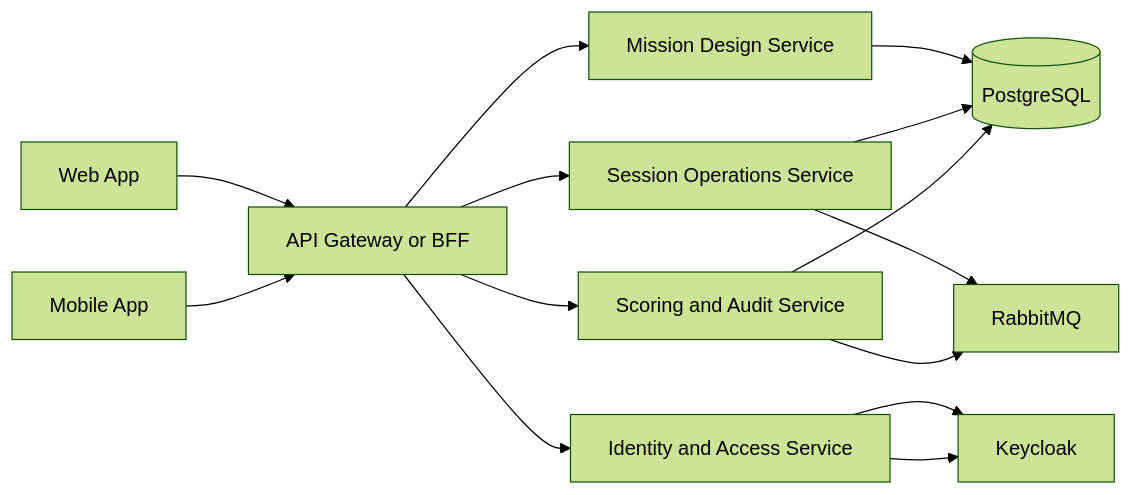
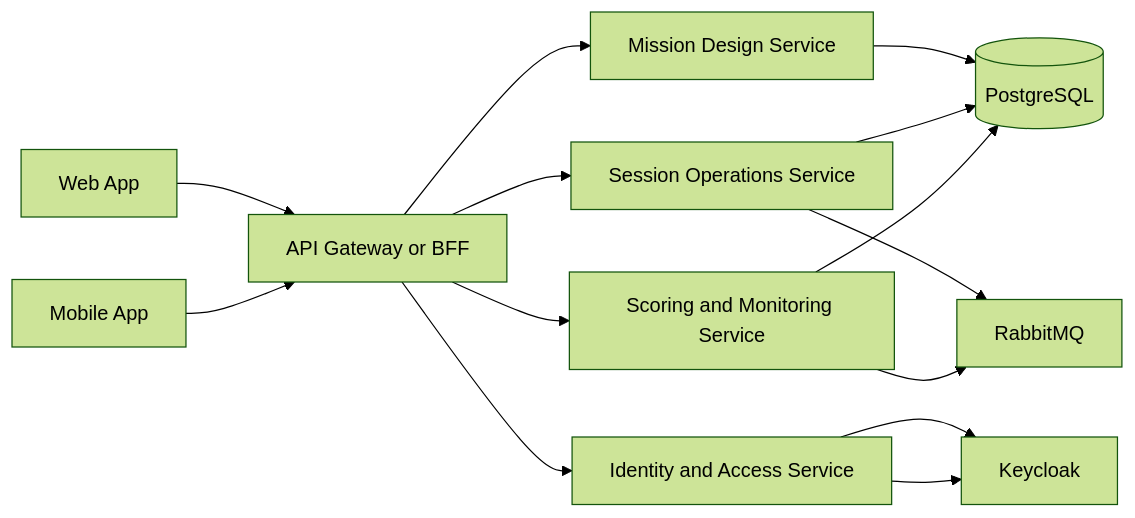
One commit to Grupo2-UMBRAL/UMBRAL-Grupo2 changed the first of 5 diagrams in docs/architecture/infrastructure-outline.md. Above: the diagram before and after it, drawn with Mermaid (forest theme). The commit also changed other lines of this file and 166 other files, not shown here.

Commit message:
refactor(scoring-monitoring): rename bounded context from scoring-audit to scoring-monitoring

````diff
--- a/docs/architecture/infrastructure-outline.md
+++ b/docs/architecture/infrastructure-outline.md
@@ -155,27 +155,27 @@
 ```mermaid
 flowchart LR
     Web[Web App]
     Mobile[Mobile App]
     Gateway[API Gateway or BFF]
     Mission[Mission Design Service]
     Session[Session Operations Service]
-    Score[Scoring and Audit Service]
+    Score[Scoring and Monitoring Service]
     Identity[Identity and Access Service]
     KC[Keycloak]
     MQ[RabbitMQ]
     PG[(PostgreSQL)]
 
     Web --> Gateway
     Mobile --> Gateway
     Gateway --> Mission
     Gateway --> Session
     Gateway --> Score
     Gateway --> Identity
     Identity --> KC
     Session --> MQ
     Score --> MQ
     Mission --> PG
     Session --> PG
     Score --> PG
     Identity --> KC
 ```
````
